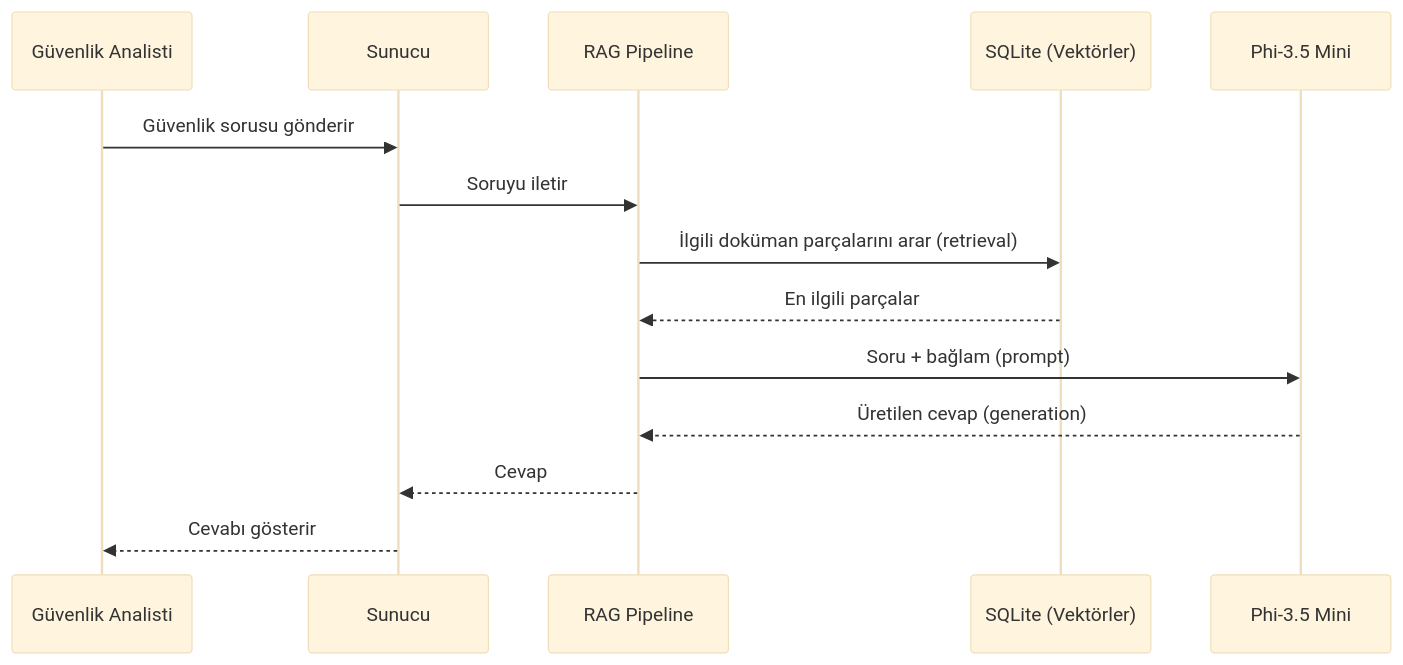
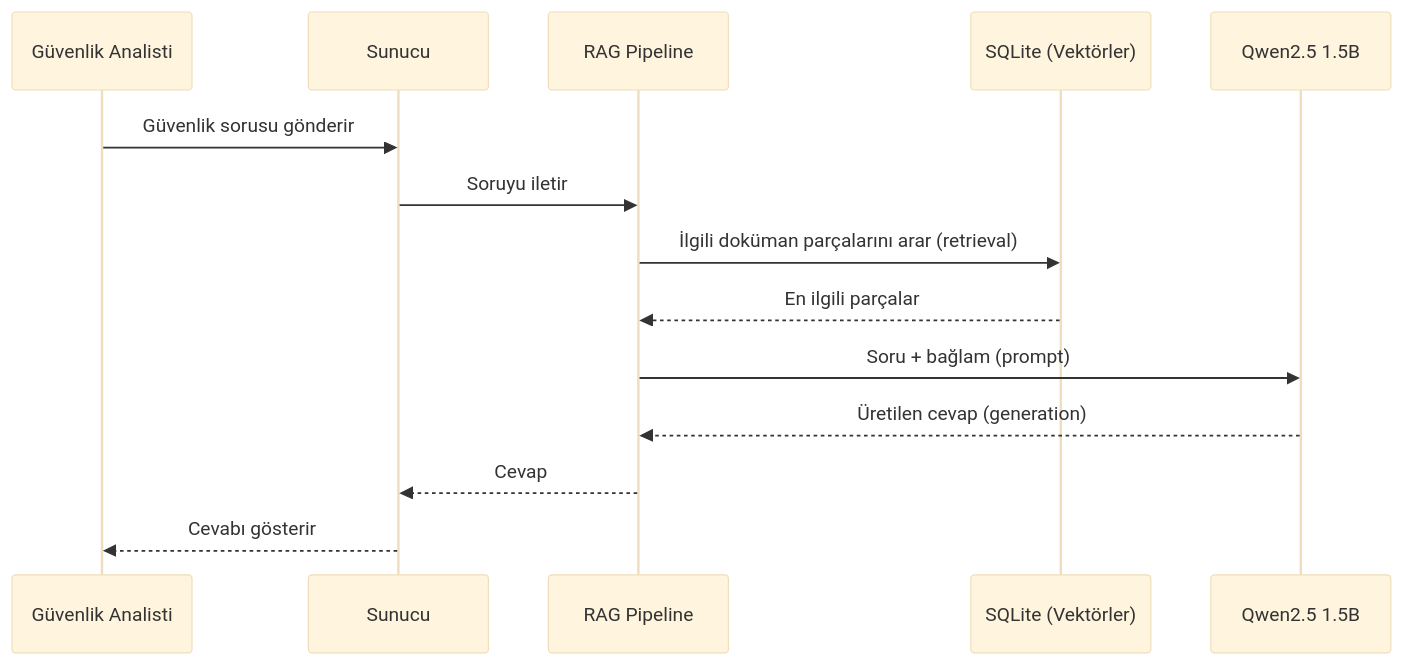
Before and after one commit to SemanurBuhan/local-rag-foundry: the second of 3 diagrams in README.md, drawn with Mermaid (base theme). The commit also changed other lines of this file, not shown here.

First line of the commit message:
README: ShadowSec markasi, masaustu (Electron) katmani ve Qwen2.5 1.5B guncellemesi

````diff
--- a/README.md
+++ b/README.md
@@ -45,17 +50,17 @@
 ```mermaid
 sequenceDiagram
     participant K as Güvenlik Analisti
     participant S as Sunucu
     participant R as RAG Pipeline
     participant V as SQLite (Vektörler)
-    participant M as Phi-3.5 Mini
+    participant M as Qwen2.5 1.5B
 
     K->>S: Güvenlik sorusu gönderir
     S->>R: Soruyu iletir
     R->>V: İlgili doküman parçalarını arar (retrieval)
     V-->>R: En ilgili parçalar
     R->>M: Soru + bağlam (prompt)
     M-->>R: Üretilen cevap (generation)
     R-->>S: Cevap
     S-->>K: Cevabı gösterir
 ```
````
